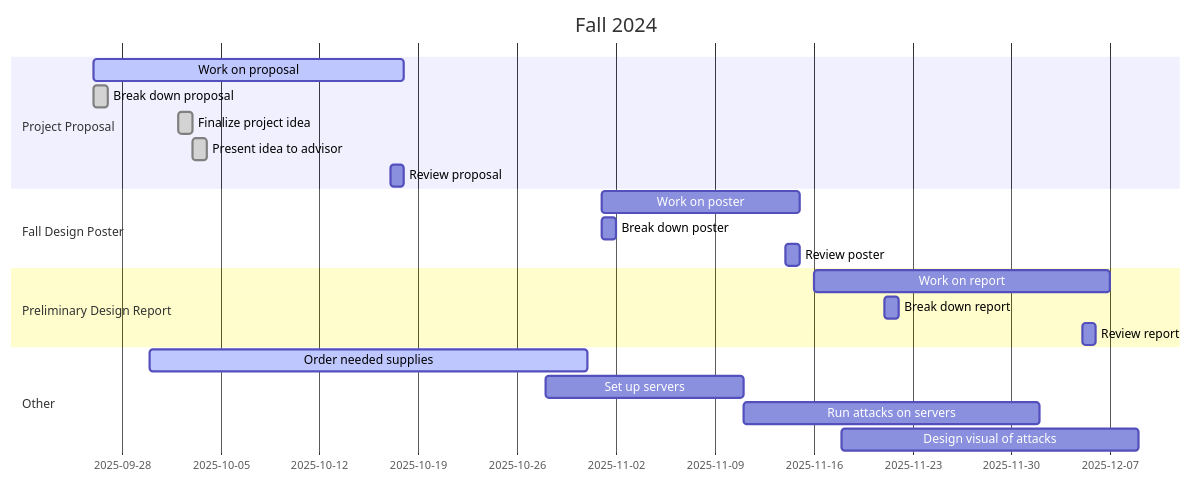
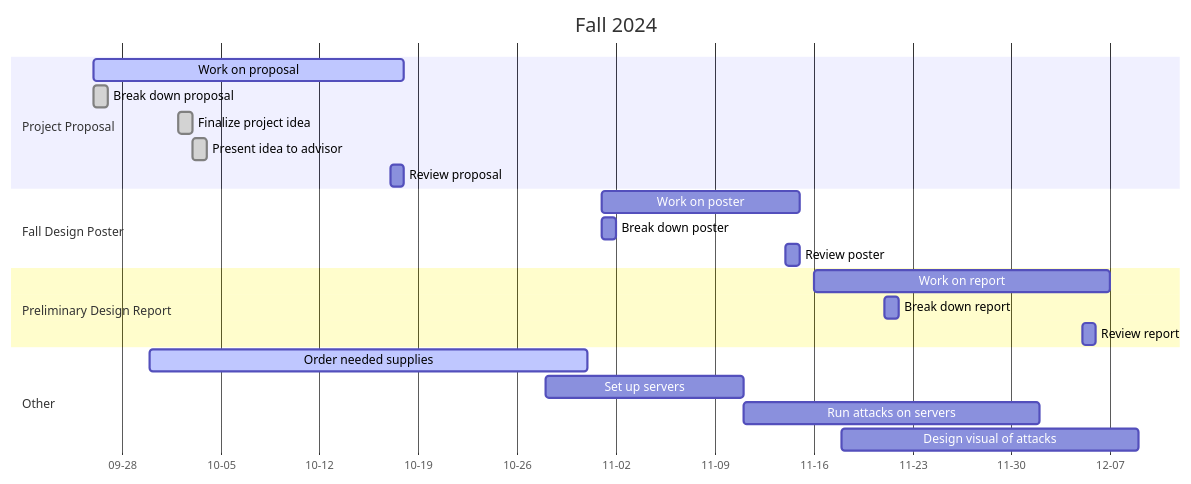
The first of 2 diagrams in src/ProjectGanttChart.qmd (VCU-CS-Capstone/CS-25-341-CyberSecurity-Visualization), drawn with Mermaid before and after one commit. The commit also changed other lines of this file and 1 other file, not shown here.

Commit message:
Fixed axis date format

````diff
--- a/src/ProjectGanttChart.qmd
+++ b/src/ProjectGanttChart.qmd
@@ -16,30 +16,31 @@
 ```{mermaid}
 gantt
     dateFormat  MM-DD
+    axisFormat  %m-%d
     title       Fall 2024
     todayMarker off
 
     section Project Proposal
     Work on proposal                    :active,    09-26, 10-18
     Break down proposal                 :done,      09-26, 1d
     Finalize project idea               :done,      10-02, 1d
     Present idea to advisor             :done,      10-03, 1d
     Review proposal                     :           10-17, 1d
 
     section Fall Design Poster
     Work on poster                      :           11-01, 11-15
     Break down poster                   :           11-01, 1d
     Review poster                       :           11-14, 1d
 
     section Preliminary Design Report
     Work on report                      :           11-16, 12-07
     Break down report                   :           11-21, 1d
     Review report                       :           12-05, 1d
 
     section Other
     Order needed supplies               :active,    task1,       09-30, 10-31
     Set up servers                      :           task2,       10-28, 2w
     Run attacks on servers              :           task3, after task2, 3w
     Design visual of attacks            :           task5,       11-18, 3w
 
 ```
````
